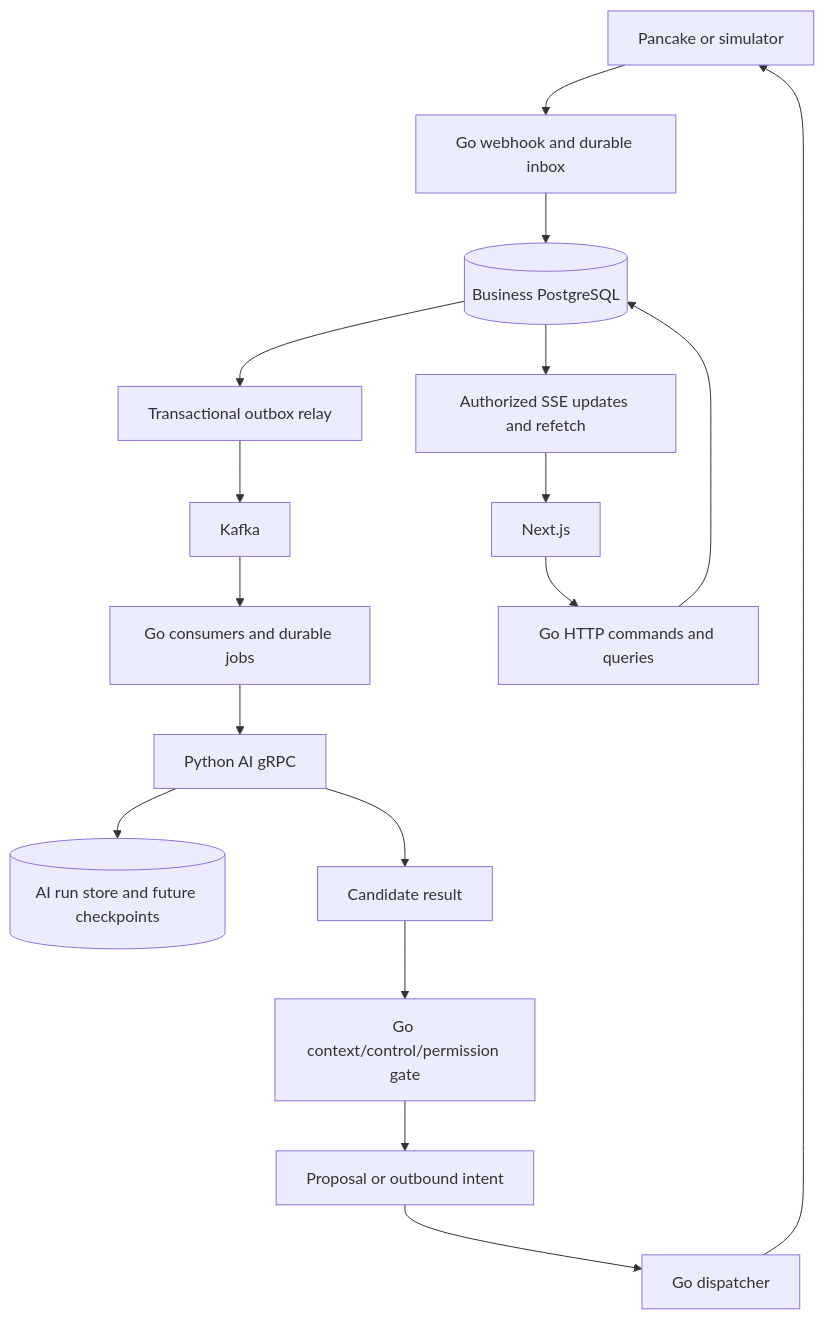
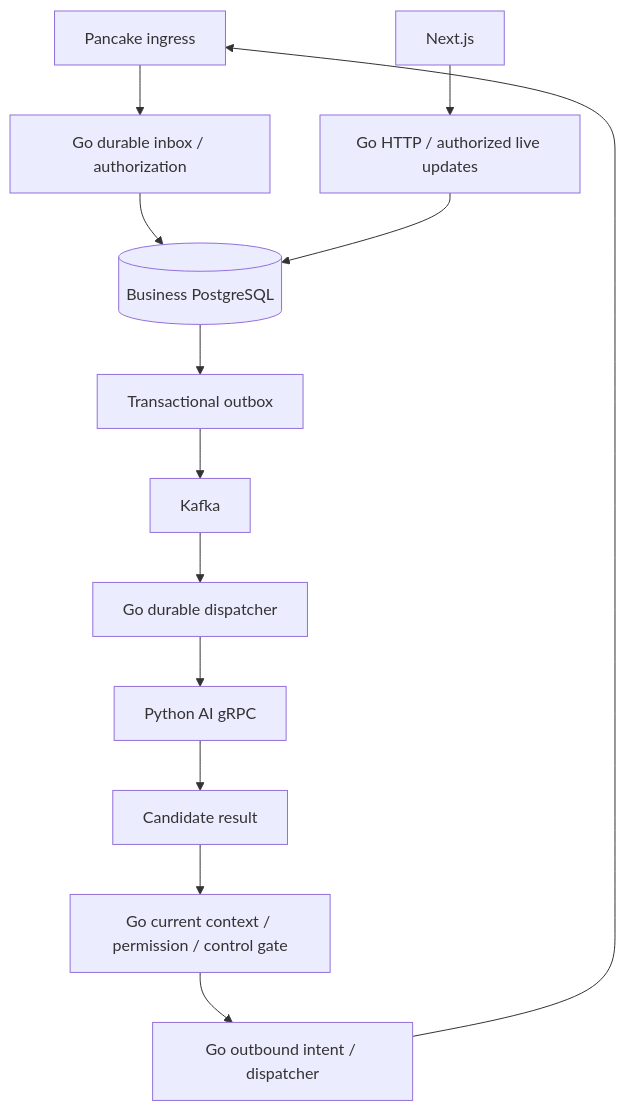
One commit to TruongHoang2004/Hexta changed the diagram in agentic-memory/designs/system/02-architecture.md. Above: the diagram before and after it, drawn with Mermaid. The commit also changed other lines of this file and 155 other files, not shown here.

````diff
--- a/agentic-memory/designs/system/02-architecture.md
+++ b/agentic-memory/designs/system/02-architecture.md
@@ -23,19 +41,15 @@
 ```mermaid
 flowchart TD
-    PC[Pancake or simulator] --> IN[Go webhook and durable inbox]
-    IN --> DB[(Business PostgreSQL)]
-    DB --> OB[Transactional outbox relay]
-    OB --> K[Kafka]
-    K --> W[Go consumers and durable jobs]
+    P[Pancake ingress] --> I[Go durable inbox / authorization]
+    I --> DB[(Business PostgreSQL)]
+    DB --> O[Transactional outbox]
+    O --> K[Kafka]
+    K --> W[Go durable dispatcher]
     W --> A[Python AI gRPC]
-    A --> AD[(AI run store and future checkpoints)]
     A --> R[Candidate result]
-    R --> G[Go context/control/permission gate]
-    G --> P[Proposal or outbound intent]
-    P --> SEND[Go dispatcher]
-    SEND --> PC
-    UI[Next.js] --> API[Go HTTP commands and queries]
-    API --> DB
-    DB --> LIVE[Authorized SSE updates and refetch]
-    LIVE --> UI
+    R --> G[Go current context / permission / control gate]
+    G --> S[Go outbound intent / dispatcher]
+    S --> P
+    U[Next.js] --> H[Go HTTP / authorized live updates]
+    H --> DB
 ```
````
